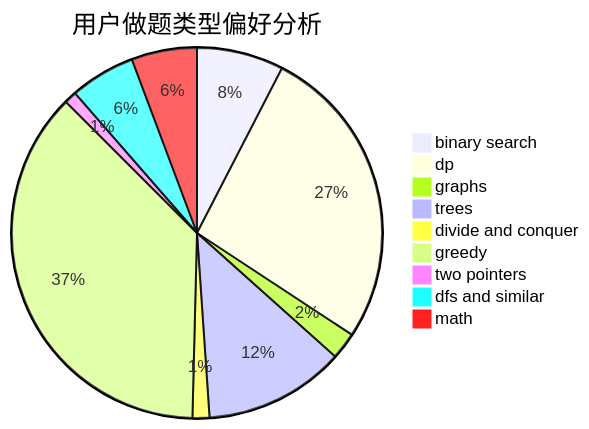
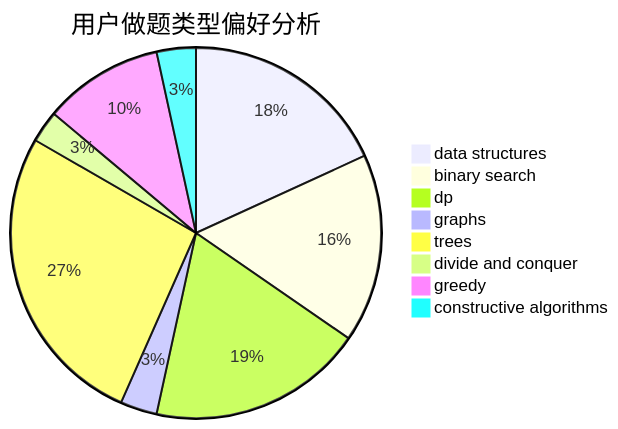
Before and after one commit to sherpahu/cfrs.github.io: the second of 3 diagrams in docs/user/u582.md, drawn with Mermaid. The commit also changed other lines of this file and 2775 other files, not shown here.

````diff
--- a/docs/user/u582.md
+++ b/docs/user/u582.md
@@ -23,12 +23,11 @@
 ```mermaid
 pie title 用户做题类型偏好分析
+    "data structures" :  85
     "binary search" :  77
-    "dp" :  271
-    "graphs" :  24
+    "dp" :  88
+    "graphs" :  15
     "trees" :  125
-    "divide and conquer" :  15
-    "greedy" :  377
-    "two pointers" :  11
-    "dfs and similar" :  58
-    "math" :  58
+    "divide and conquer" :  13
+    "greedy" :  49
+    "constructive algorithms" :  16
 ```
````
